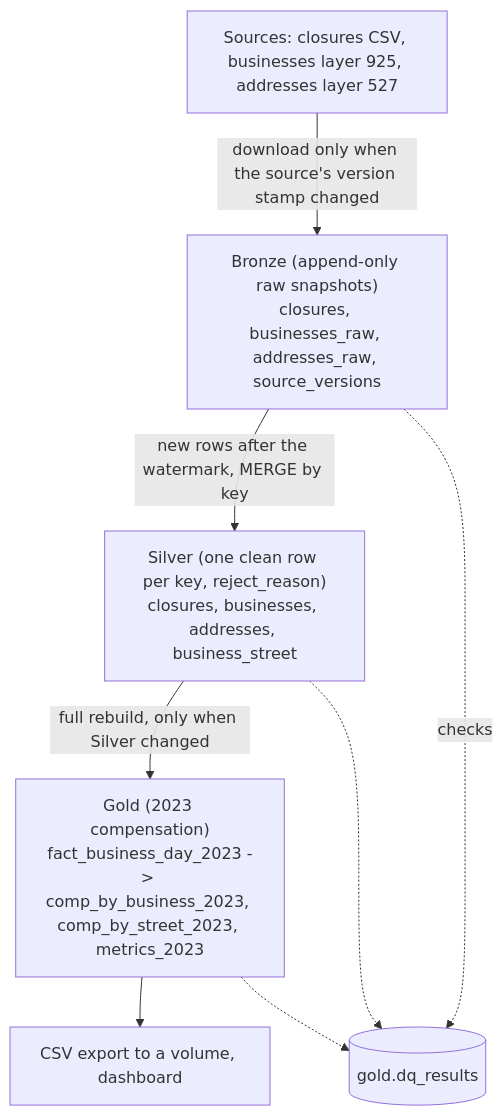
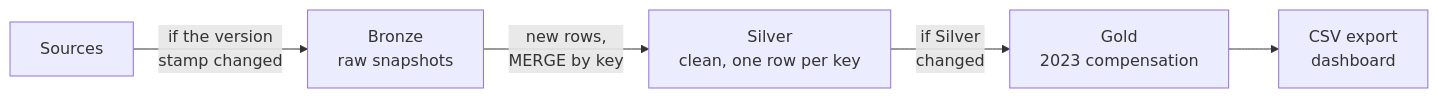
One commit to sofitkin-stack/Tel-Aviv-Project changed the diagram in README.md. Above: the diagram before and after it, drawn with Mermaid. The commit also changed other lines of this file, not shown here.

Commit message:
README: compact architecture diagram with a layer table

````diff
--- a/README.md
+++ b/README.md
@@ -6,14 +6,7 @@
 ```mermaid
-flowchart TD
-    SRC["Sources: closures CSV, businesses layer 925, addresses layer 527"]
-    SRC -->|"download only when the source's version stamp changed"| BRONZE
-    BRONZE["Bronze (append-only raw snapshots)<br/>closures, businesses_raw, addresses_raw, source_versions"]
-    BRONZE -->|"new rows after the watermark, MERGE by key"| SILVER
-    SILVER["Silver (one clean row per key, reject_reason)<br/>closures, businesses, addresses, business_street"]
-    SILVER -->|"full rebuild, only when Silver changed"| GOLD
-    GOLD["Gold (2023 compensation)<br/>fact_business_day_2023 -> comp_by_business_2023, comp_by_street_2023, metrics_2023"]
-    GOLD --> OUT["CSV export to a volume, dashboard"]
-    BRONZE -.->|checks| DQ[("gold.dq_results")]
-    SILVER -.-> DQ
-    GOLD -.-> DQ
+flowchart LR
+    A["Sources"] -->|"if the version<br/>stamp changed"| B["Bronze<br/>raw snapshots"]
+    B -->|"new rows,<br/>MERGE by key"| C["Silver<br/>clean, one row per key"]
+    C -->|"if Silver<br/>changed"| D["Gold<br/>2023 compensation"]
+    D --> E["CSV export<br/>dashboard"]
 ```
````
